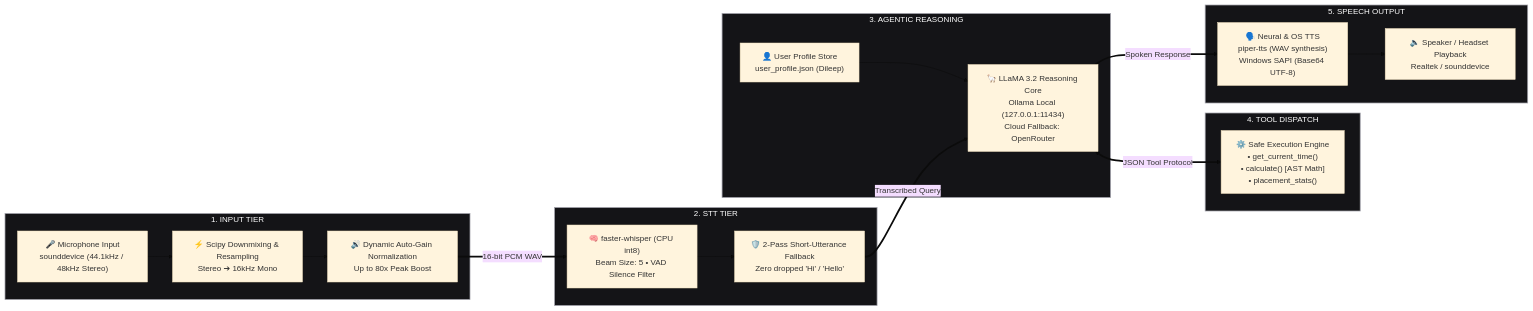
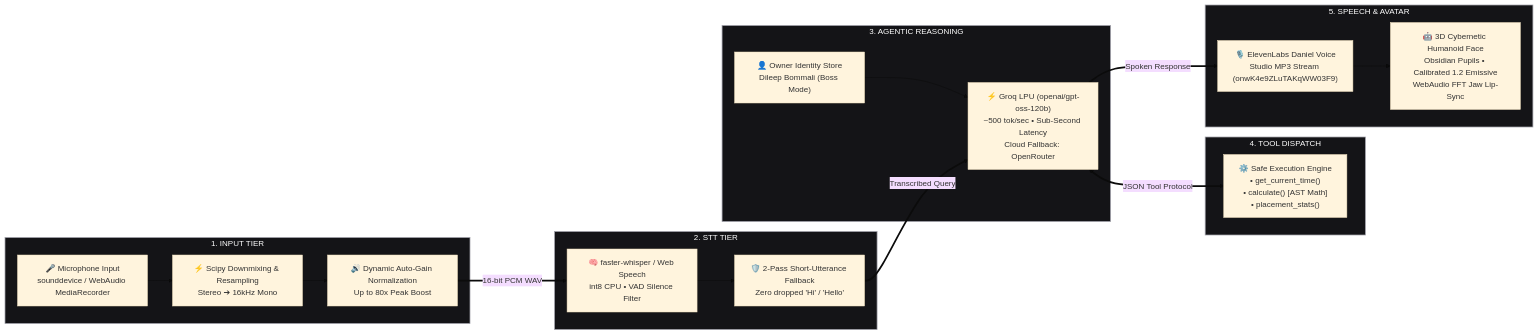
One commit to dileepbommali16-ops/pathfinder changed the first of 2 diagrams in README.md. Above: the diagram before and after it, drawn with Mermaid (base theme). The commit also changed other lines of this file and 12 other files, not shown here.

Commit message:
feat(voice): eliminate Ollama dependencies, upgrade Groq to openai/gpt-oss-120b, stream ElevenLabs Daniel audio via HTML5 WebAudio for real lip sync, and calibrate 3D avatar optics with obsidian pupils

````diff
--- a/README.md
+++ b/README.md
@@ -143,39 +143,39 @@
 ```mermaid
 graph LR
     subgraph S1["1. INPUT TIER"]
-        Mic["🎤 Microphone Input<br/>sounddevice (44.1kHz / 48kHz Stereo)"]
+        Mic["🎤 Microphone Input<br/>sounddevice / WebAudio MediaRecorder"]
         Resample["⚡ Scipy Downmixing & Resampling<br/>Stereo ➔ 16kHz Mono"]
         Gain["🔊 Dynamic Auto-Gain Normalization<br/>Up to 80x Peak Boost"]
         Mic --> Resample --> Gain
     end
 
     subgraph S2["2. STT TIER"]
-        Whisper["🧠 faster-whisper (CPU int8)<br/>Beam Size: 5 • VAD Silence Filter"]
+        Whisper["🧠 faster-whisper / Web Speech<br/>int8 CPU • VAD Silence Filter"]
         Fallback["🛡️ 2-Pass Short-Utterance Fallback<br/>Zero dropped 'Hi' / 'Hello'"]
         Whisper --> Fallback
     end
 
     subgraph S3["3. AGENTIC REASONING"]
-        Profile["👤 User Profile Store<br/>user_profile.json (Dileep)"]
-        LLM["🦙 LLaMA 3.2 Reasoning Core<br/>Ollama Local (127.0.0.1:11434)<br/>Cloud Fallback: OpenRouter"]
+        Profile["👤 Owner Identity Store<br/>Dileep Bommali (Boss Mode)"]
+        LLM["⚡ Groq LPU (openai/gpt-oss-120b)<br/>~500 tok/sec • Sub-Second Latency<br/>Cloud Fallback: OpenRouter"]
         Profile --> LLM
     end
 
     subgraph S4["4. TOOL DISPATCH"]
         Tools["⚙️ Safe Execution Engine<br/>• get_current_time()<br/>• calculate() [AST Math]<br/>• placement_stats()"]
     end
 
-    subgraph S5["5. SPEECH OUTPUT"]
-        TTS["🗣️ Neural & OS TTS<br/>piper-tts (WAV synthesis)<br/>Windows SAPI (Base64 UTF-8)"]
-        Speaker["🔈 Speaker / Headset Playback<br/>Realtek / sounddevice"]
-        TTS --> Speaker
+    subgraph S5["5. SPEECH & AVATAR"]
+        TTS["🎙️ ElevenLabs Daniel Voice<br/>Studio MP3 Stream (onwK4e9ZLuTAKqWW03F9)"]
+        Avatar["🤖 3D Cybernetic Humanoid Face<br/>Obsidian Pupils • Calibrated 1.2 Emissive<br/>WebAudio FFT Jaw Lip-Sync"]
+        TTS --> Avatar
     end
 
     Gain ==>|"16-bit PCM WAV"| Whisper
     Fallback ==>|"Transcribed Query"| LLM
     LLM <==>|"JSON Tool Protocol"| Tools
     LLM ==>|"Spoken Response"| TTS
 
     classDef stageStyle fill:#141417,stroke:#a1a1aa,stroke-width:1.5px,color:#ffffff;
     class S1,S2,S3,S4,S5 stageStyle;
 ```
````
